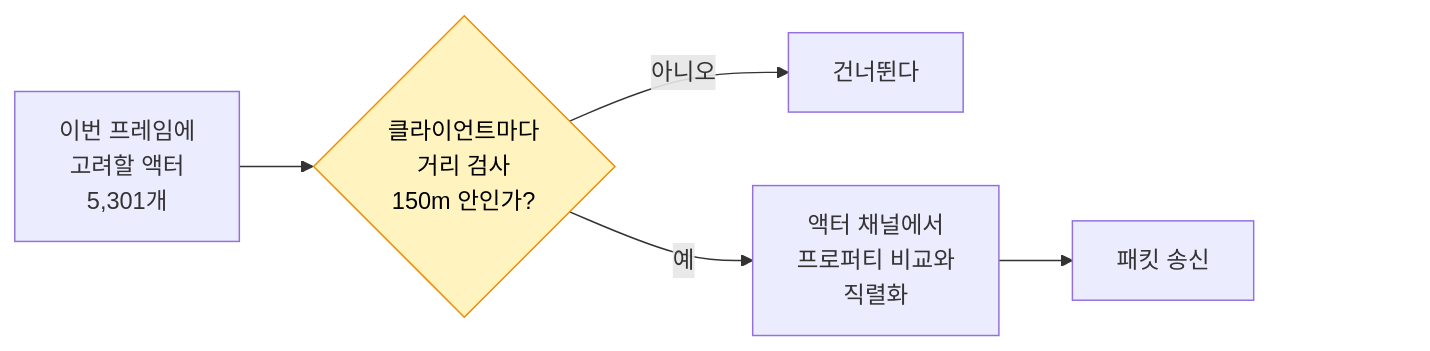
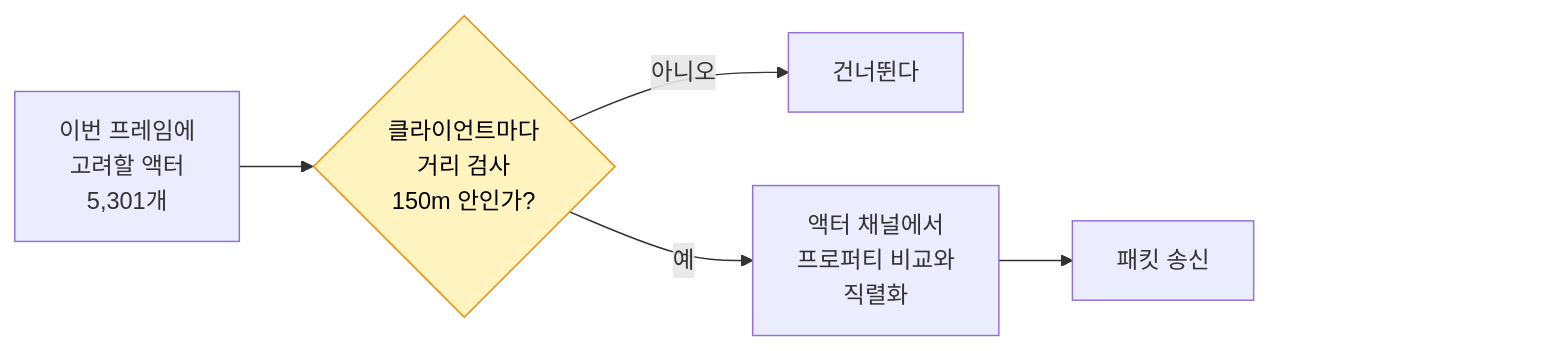
Before and after one commit to hon454/ue-dedicated-server-optimization-lab: the first of 2 diagrams in Posts/02-relevancy/README.md, drawn with Mermaid. The commit also changed 5 other files, not shown here.

First line of the commit message:
docs(posts): pad the flows with transparent text so GitHub keeps the last node clear

````diff
--- a/Posts/02-relevancy/README.md
+++ b/Posts/02-relevancy/README.md
@@ -50,12 +50,12 @@
 ```mermaid
 flowchart LR
     A["이번 프레임에<br/>고려할 액터<br/>5,301개"] --> B{"클라이언트마다<br/>거리 검사<br/>150m 안인가?"}
     B -- "아니오" --> C["건너뛴다"]
     B -- "예" --> D["액터 채널에서<br/>프로퍼티 비교와<br/>직렬화"]
     D --> E["패킷 송신"]
-    E ~~~ Pad["　　　　　　"]
+    E ~~~ Pad["여백여백여백"]
     classDef cut fill:#fff3bf,stroke:#f08c00,color:#000
     class B cut
-    classDef pad fill:none,stroke:none
+    classDef pad fill:none,stroke:none,color:transparent
     class Pad pad
 ```
````
